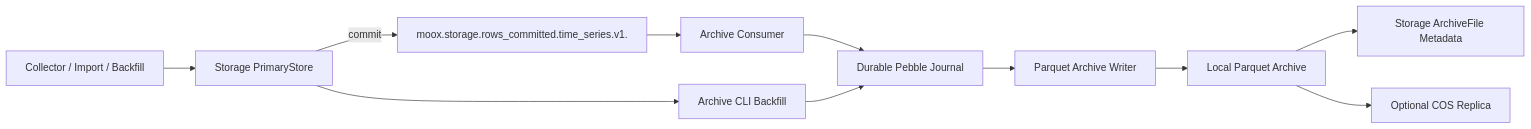
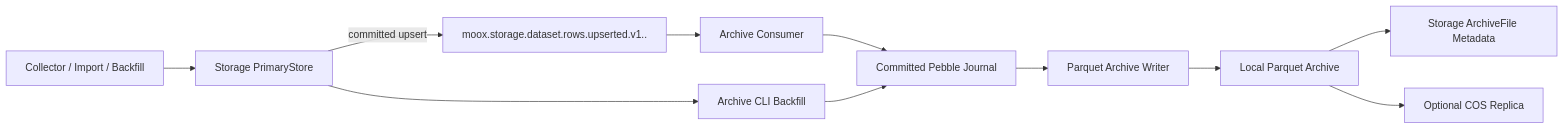
One commit to mooyang-code/moox changed the diagram in docs/行情数据归档模块设计.md. Above: the diagram before and after it, drawn with Mermaid. The commit also changed other lines of this file and 152 other files, not shown here.

Commit message:
refactor(events): simplify consumer ownership and trade flow

````diff
--- a/docs/行情数据归档模块设计.md
+++ b/docs/行情数据归档模块设计.md
@@ -75,13 +75,13 @@
 ```mermaid
 flowchart LR
     Collector["Collector / Import / Backfill"] --> Storage["Storage PrimaryStore"]
-    Storage -->|"commit"| Event["moox.storage.rows_committed.time_series.v1.<shard>"]
+    Storage -->|"committed upsert"| Event["moox.storage.dataset.rows.upserted.v1.<space>.<dataset>"]
     Event --> Consumer["Archive Consumer"]
-    Consumer --> Journal["Durable Pebble Journal"]
+    Consumer --> Journal["Committed Pebble Journal"]
     Journal --> Writer["Parquet Archive Writer"]
     Writer --> Local["Local Parquet Archive"]
     Local --> Registry["Storage ArchiveFile Metadata"]
     Local --> COS["Optional COS Replica"]
     Storage --> Backfill["Archive CLI Backfill"]
     Backfill --> Journal
 ```
````
